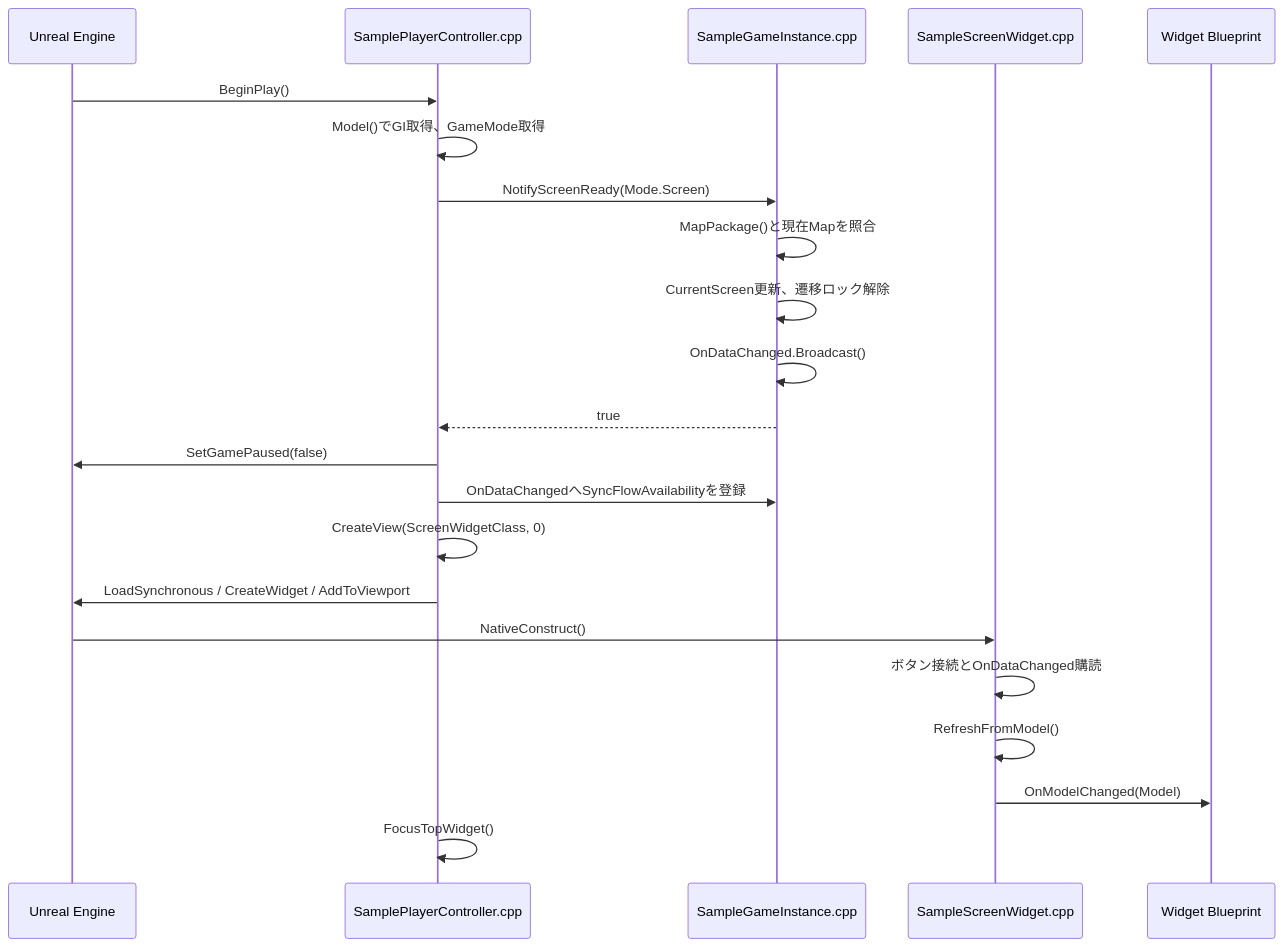
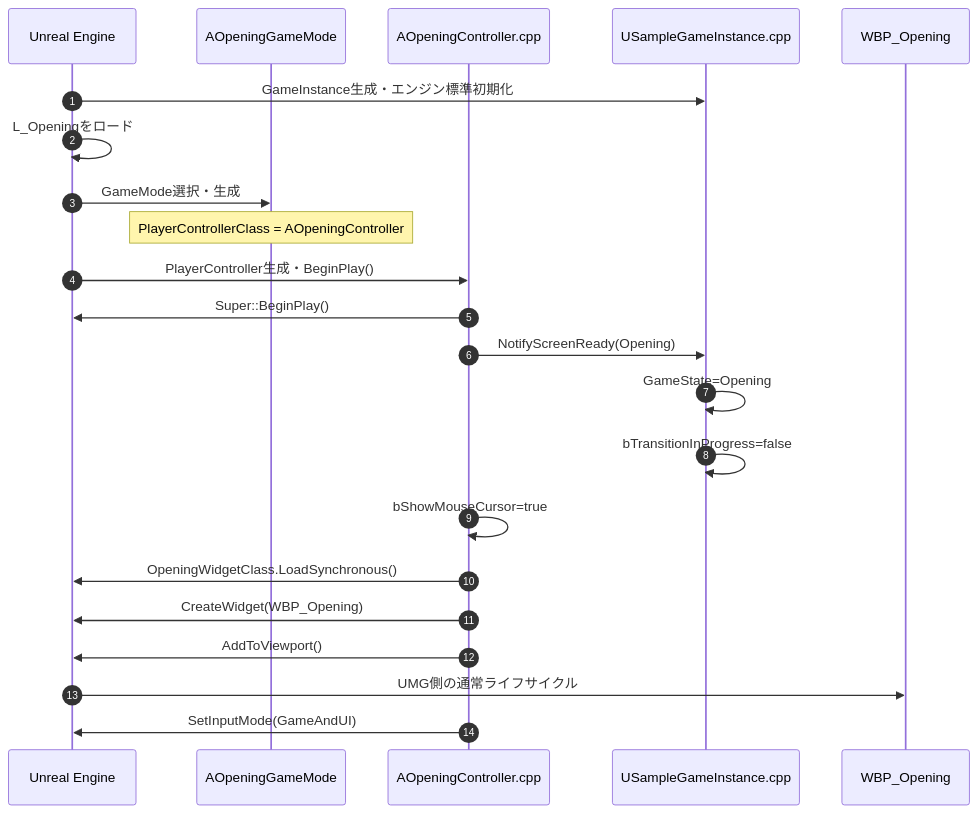
Before and after one commit to mrtksHub/codex_ue_sample_cpp: the first of 5 diagrams in docs/CALL_FLOW.md, drawn with Mermaid. The commit also changed other lines of this file, not shown here.

Commit message:
Rewrite CALL_FLOW for exact per-screen controllers and Blueprint event wiring

````diff
--- a/docs/CALL_FLOW.md
+++ b/docs/CALL_FLOW.md
@@ -27,24 +31,24 @@
 ```mermaid
 sequenceDiagram
+    autonumber
     participant UE as Unreal Engine
-    participant PC as SamplePlayerController.cpp
-    participant GI as SampleGameInstance.cpp
-    participant W as SampleScreenWidget.cpp
-    participant BP as Widget Blueprint
-    UE->>PC: BeginPlay()
-    PC->>PC: Model()でGI取得、GameMode取得
-    PC->>GI: NotifyScreenReady(Mode.Screen)
-    GI->>GI: MapPackage()と現在Mapを照合
-    GI->>GI: CurrentScreen更新、遷移ロック解除
-    GI->>GI: OnDataChanged.Broadcast()
-    GI-->>PC: true
-    PC->>UE: SetGamePaused(false)
-    PC->>GI: OnDataChangedへSyncFlowAvailabilityを登録
-    PC->>PC: CreateView(ScreenWidgetClass, 0)
-    PC->>UE: LoadSynchronous / CreateWidget / AddToViewport
-    UE->>W: NativeConstruct()
-    W->>W: ボタン接続とOnDataChanged購読
-    W->>W: RefreshFromModel()
-    W->>BP: OnModelChanged(Model)
-    PC->>PC: FocusTopWidget()
+    participant GM as AOpeningGameMode
+    participant PC as AOpeningController.cpp
+    participant GI as USampleGameInstance.cpp
+    participant BP as WBP_Opening
+    UE->>GI: GameInstance生成・エンジン標準初期化
+    UE->>UE: L_Openingをロード
+    UE->>GM: GameMode選択・生成
+    Note over GM: PlayerControllerClass = AOpeningController
+    UE->>PC: PlayerController生成・BeginPlay()
+    PC->>UE: Super::BeginPlay()
+    PC->>GI: NotifyScreenReady(Opening)
+    GI->>GI: GameState=Opening
+    GI->>GI: bTransitionInProgress=false
+    PC->>PC: bShowMouseCursor=true
+    PC->>UE: OpeningWidgetClass.LoadSynchronous()
+    PC->>UE: CreateWidget(WBP_Opening)
+    PC->>UE: AddToViewport()
+    UE->>BP: UMG側の通常ライフサイクル
+    PC->>UE: SetInputMode(GameAndUI)
 ```
````
